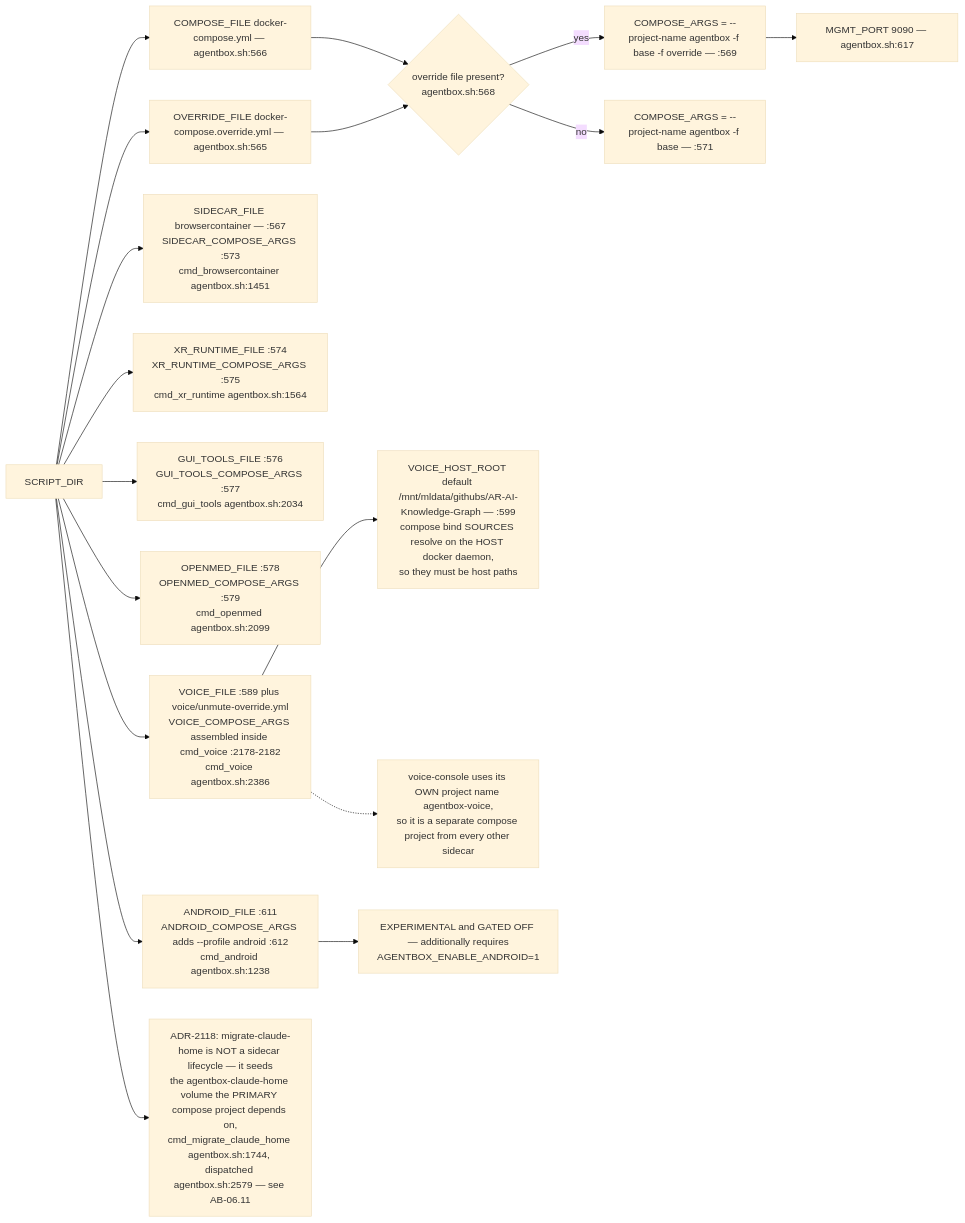
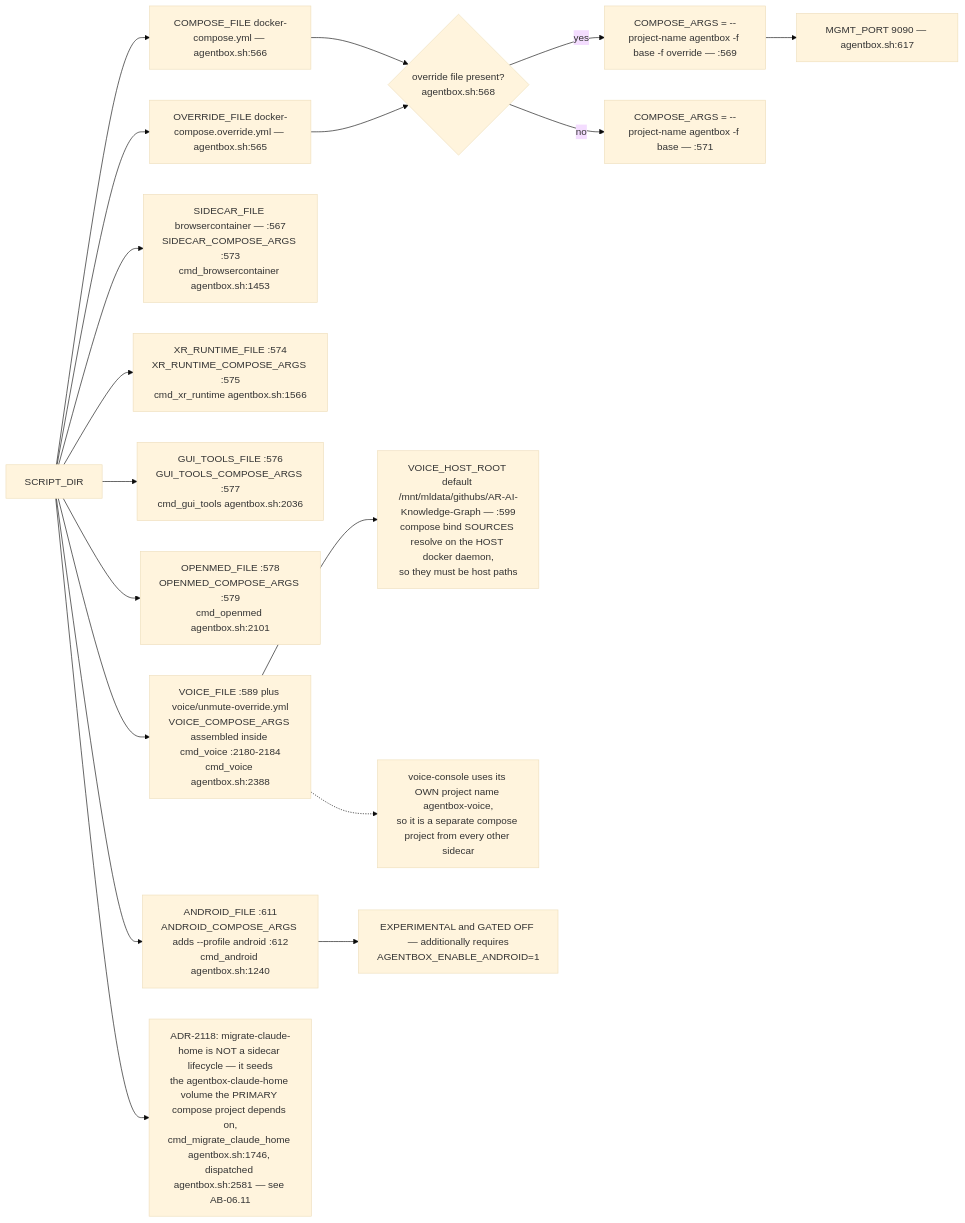
Before and after one commit to DreamLab-AI/VisionFlow: the sixth of 11 diagrams in docs/diagrams/agentbox/06-sidecars-and-compose-overlays.md, drawn with Mermaid (base theme). The commit also changed other lines of this file and 94 other files, not shown here.

First line of the commit message:
docs(diagrams): re-verify 130 topics against 2 October HEADs

````diff
--- a/docs/diagrams/agentbox/06-sidecars-and-compose-overlays.md
+++ b/docs/diagrams/agentbox/06-sidecars-and-compose-overlays.md
@@ -187,20 +187,20 @@
 ```mermaid
 flowchart LR
     SD["SCRIPT_DIR"] --> A1["COMPOSE_FILE docker-compose.yml — agentbox.sh:566"]
     SD --> A2["OVERRIDE_FILE docker-compose.override.yml — agentbox.sh:565"]
     A1 --> CA{"override file present?<br/>agentbox.sh:568"}
     A2 --> CA
     CA -->|yes| CA1["COMPOSE_ARGS = --project-name agentbox -f base -f override — :569"]
     CA -->|no| CA2["COMPOSE_ARGS = --project-name agentbox -f base — :571"]
-    SD --> S1["SIDECAR_FILE browsercontainer — :567<br/>SIDECAR_COMPOSE_ARGS :573<br/>cmd_browsercontainer agentbox.sh:1451"]
-    SD --> S2["XR_RUNTIME_FILE :574<br/>XR_RUNTIME_COMPOSE_ARGS :575<br/>cmd_xr_runtime agentbox.sh:1564"]
-    SD --> S3["GUI_TOOLS_FILE :576<br/>GUI_TOOLS_COMPOSE_ARGS :577<br/>cmd_gui_tools agentbox.sh:2034"]
-    SD --> S4["OPENMED_FILE :578<br/>OPENMED_COMPOSE_ARGS :579<br/>cmd_openmed agentbox.sh:2099"]
-    SD --> S5["VOICE_FILE :589 plus voice/unmute-override.yml<br/>VOICE_COMPOSE_ARGS assembled inside cmd_voice :2178-2182<br/>cmd_voice agentbox.sh:2386"]
-    SD --> S6["ANDROID_FILE :611<br/>ANDROID_COMPOSE_ARGS adds --profile android :612<br/>cmd_android agentbox.sh:1238"]
+    SD --> S1["SIDECAR_FILE browsercontainer — :567<br/>SIDECAR_COMPOSE_ARGS :573<br/>cmd_browsercontainer agentbox.sh:1453"]
+    SD --> S2["XR_RUNTIME_FILE :574<br/>XR_RUNTIME_COMPOSE_ARGS :575<br/>cmd_xr_runtime agentbox.sh:1566"]
+    SD --> S3["GUI_TOOLS_FILE :576<br/>GUI_TOOLS_COMPOSE_ARGS :577<br/>cmd_gui_tools agentbox.sh:2036"]
+    SD --> S4["OPENMED_FILE :578<br/>OPENMED_COMPOSE_ARGS :579<br/>cmd_openmed agentbox.sh:2101"]
+    SD --> S5["VOICE_FILE :589 plus voice/unmute-override.yml<br/>VOICE_COMPOSE_ARGS assembled inside cmd_voice :2180-2184<br/>cmd_voice agentbox.sh:2388"]
+    SD --> S6["ANDROID_FILE :611<br/>ANDROID_COMPOSE_ARGS adds --profile android :612<br/>cmd_android agentbox.sh:1240"]
     S5 --> VH["VOICE_HOST_ROOT default /mnt/mldata/githubs/AR-AI-Knowledge-Graph — :599<br/>compose bind SOURCES resolve on the HOST docker daemon,<br/>so they must be host paths"]
     S6 --> AG["EXPERIMENTAL and GATED OFF — additionally requires<br/>AGENTBOX_ENABLE_ANDROID=1"]
     CA1 --> MGMT["MGMT_PORT 9090 — agentbox.sh:617"]
     S5 -.-> VNOTE["voice-console uses its OWN project name agentbox-voice,<br/>so it is a separate compose project from every other sidecar"]
-    SD --> S7["ADR-2118: migrate-claude-home is NOT a sidecar lifecycle — it seeds<br/>the agentbox-claude-home volume the PRIMARY compose project depends on,<br/>cmd_migrate_claude_home agentbox.sh:1744, dispatched agentbox.sh:2579 — see AB-06.11"]
+    SD --> S7["ADR-2118: migrate-claude-home is NOT a sidecar lifecycle — it seeds<br/>the agentbox-claude-home volume the PRIMARY compose project depends on,<br/>cmd_migrate_claude_home agentbox.sh:1746, dispatched agentbox.sh:2581 — see AB-06.11"]
 ```
````
